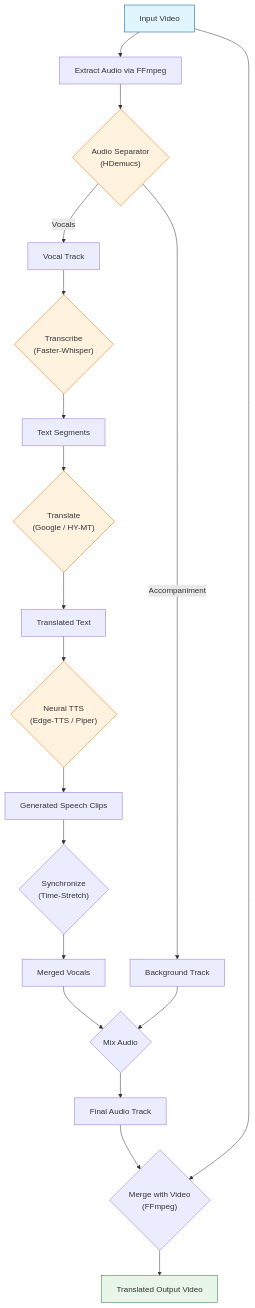
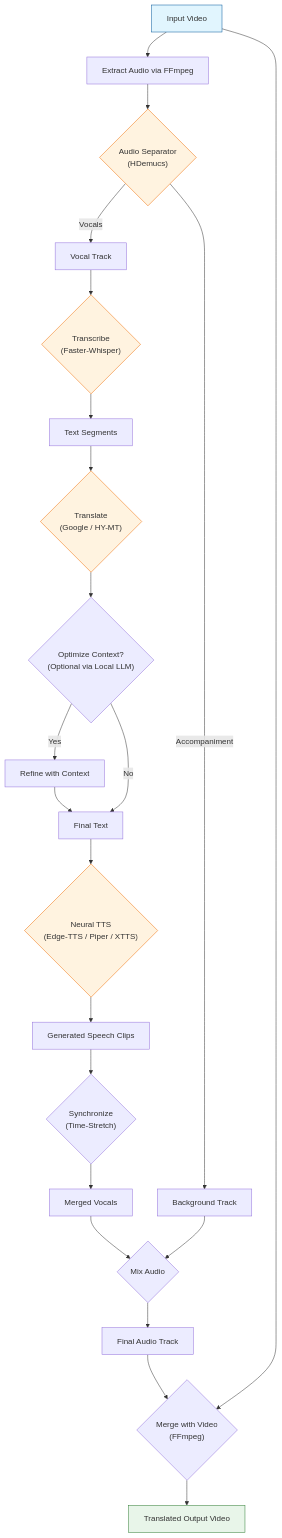
One commit to overcrash66/video-translator changed the diagram in README.md. Above: the diagram before and after it, drawn with Mermaid. The commit also changed other lines of this file and 4 other files, not shown here.

First line of the commit message:
Add XTTS voice cloning and translation context optimization

````diff
--- a/README.md
+++ b/README.md
@@ -84,38 +90,42 @@
 ```mermaid
 flowchart TD
     Video[Input Video] --> Extract[Extract Audio via FFmpeg]
     Extract --> Separator{"Audio Separator<br/>(HDemucs)"}
     
     Separator -->|Vocals| Vocals[Vocal Track]
     Separator -->|Accompaniment| Background[Background Track]
     
     Vocals --> Transcribe{"Transcribe<br/>(Faster-Whisper)"}
     Transcribe --> Segments[Text Segments]
     
     Segments --> Translate{"Translate<br/>(Google / HY-MT)"}
-    Translate --> TransText[Translated Text]
     
-    TransText --> TTS{"Neural TTS<br/>(Edge-TTS / Piper)"}
+    Translate --> Optimize{"Optimize Context?<br/>(Optional via Local LLM)"}
+    Optimize -- Yes --> Refine[Refine with Context]
+    Refine --> TransText[Final Text]
+    Optimize -- No --> TransText
+    
+    TransText --> TTS{"Neural TTS<br/>(Edge-TTS / Piper / XTTS)"}
     TTS --> TTSAudio[Generated Speech Clips]
     
     TTSAudio --> Sync{"Synchronize<br/>(Time-Stretch)"}
     
     Sync --> MergedVocals[Merged Vocals]
     
     MergedVocals --> Mix{Mix Audio}
     Background --> Mix
     
     Mix --> FinalAudio[Final Audio Track]
     
     FinalAudio --> Mux{"Merge with Video<br/>(FFmpeg)"}
     Video --> Mux
     
     Mux --> Output[Translated Output Video]
     
     style Video fill:#e1f5fe,stroke:#01579b
     style Output fill:#e8f5e9,stroke:#2e7d32
     style Separator fill:#fff3e0,stroke:#ef6c00
     style Transcribe fill:#fff3e0,stroke:#ef6c00
     style Translate fill:#fff3e0,stroke:#ef6c00
     style TTS fill:#fff3e0,stroke:#ef6c00
 ```
````
